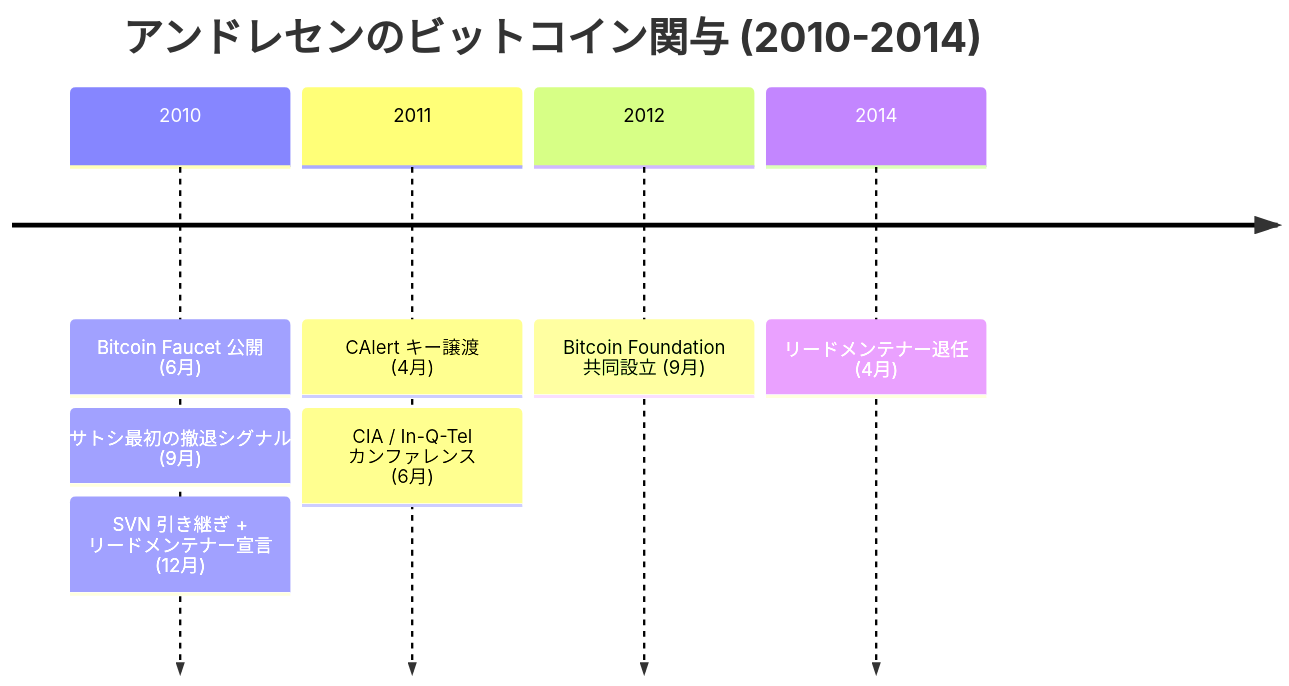
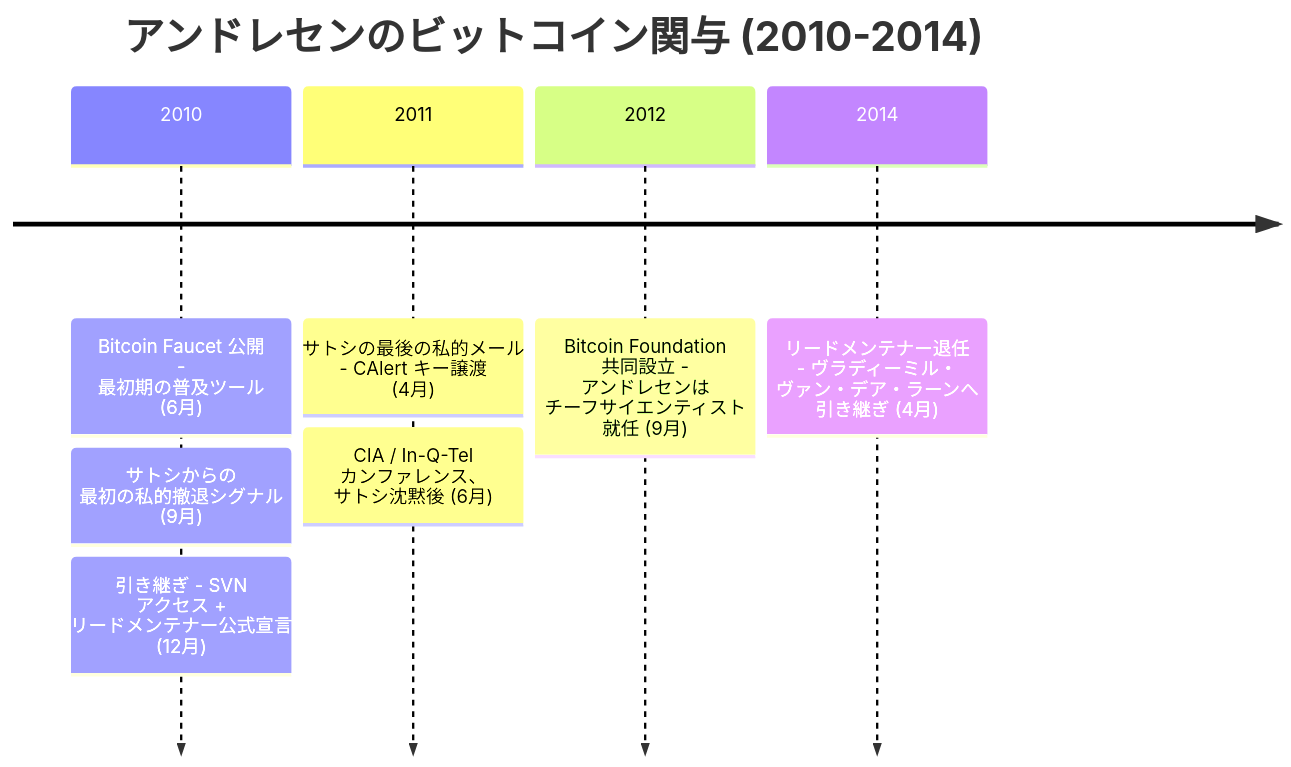
One commit to cypher256/BitcoinArchive changed the diagram in src/data/translations/ja/aftermath/2010-06-11-gavin-andresen-biography.md. Above: the diagram before and after it, drawn with Mermaid. The commit also changed other lines of this file and 29 other files, not shown here.

````diff
--- a/src/data/translations/ja/aftermath/2010-06-11-gavin-andresen-biography.md
+++ b/src/data/translations/ja/aftermath/2010-06-11-gavin-andresen-biography.md
@@ -58,11 +58,11 @@
 ```mermaid
 timeline
     title アンドレセンのビットコイン関与 (2010-2014)
-    2010 : Bitcoin Faucet 公開 (6月)
-         : サトシ最初の撤退シグナル (9月)
-         : SVN 引き継ぎ + リードメンテナー宣言 (12月)
-    2011 : CAlert キー譲渡 (4月)
-         : CIA / In-Q-Tel カンファレンス (6月)
-    2012 : Bitcoin Foundation 共同設立 (9月)
-    2014 : リードメンテナー退任 (4月)
+    2010 : Bitcoin Faucet 公開 - 最初期の普及ツール (6月)
+         : サトシからの 最初の私的撤退シグナル (9月)
+         : 引き継ぎ - SVN アクセス + リードメンテナー公式宣言 (12月)
+    2011 : サトシの最後の私的メール - CAlert キー譲渡 (4月)
+         : CIA / In-Q-Tel カンファレンス、 サトシ沈黙後 (6月)
+    2012 : Bitcoin Foundation 共同設立 - アンドレセンは チーフサイエンティスト 就任 (9月)
+    2014 : リードメンテナー退任 - ヴラディーミル・ ヴァン・デア・ラーンへ 引き継ぎ (4月)
 ```
````
